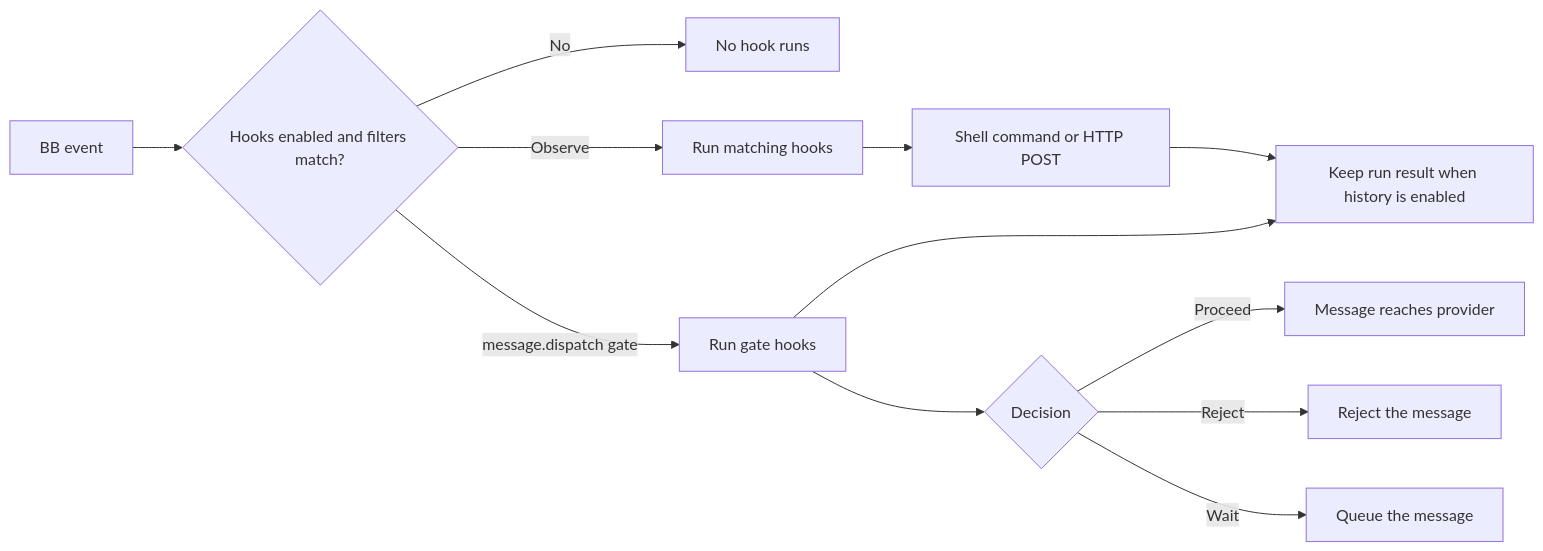
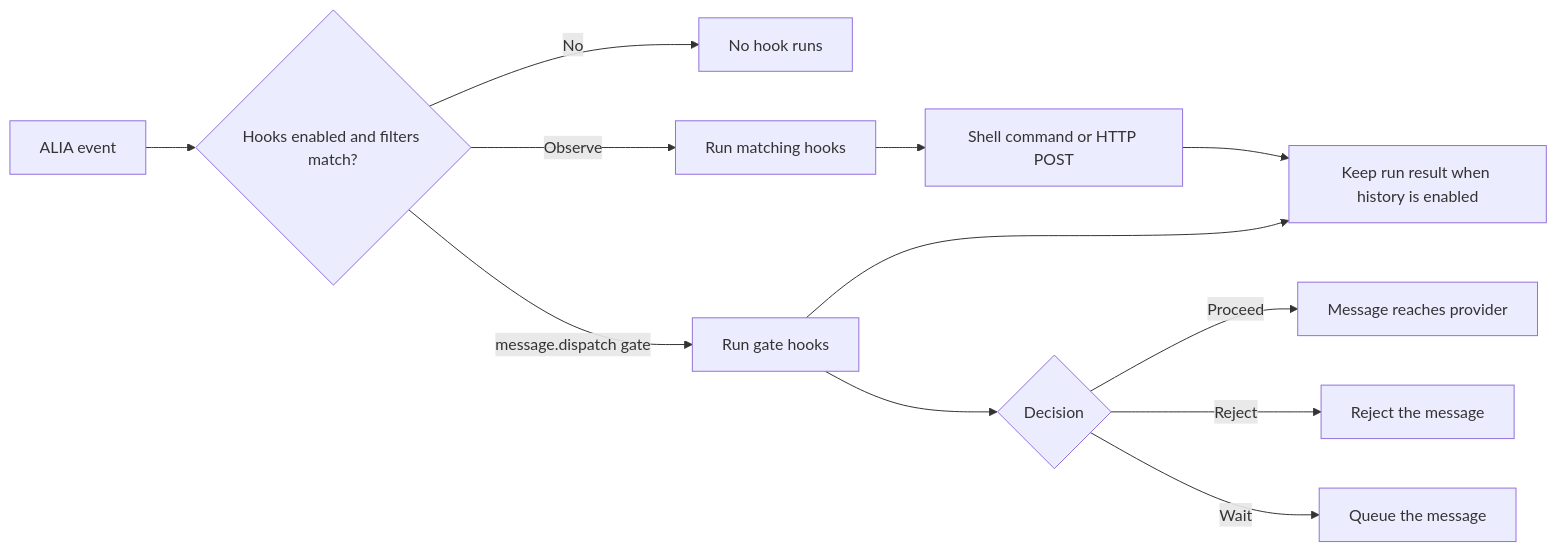
One commit to Vesnalia/vesnalia-plugins changed the diagram in plugins/hooks/README.md. Above: the diagram before and after it, drawn with Mermaid. The commit also changed other lines of this file and 13306 other files, not shown here.

````diff
--- a/plugins/hooks/README.md
+++ b/plugins/hooks/README.md
@@ -148,14 +148,14 @@
 ```mermaid
 flowchart LR
-  E["BB event"] --> M{"Hooks enabled and filters match?"}
+  E["ALIA event"] --> M{"Hooks enabled and filters match?"}
   M -- No --> X["No hook runs"]
   M -- Observe --> O["Run matching hooks"]
   O --> T["Shell command or HTTP POST"]
   T --> H["Keep run result when history is enabled"]
   M -- "message.dispatch gate" --> G["Run gate hooks"]
   G --> H
   G --> D{"Decision"}
   D -- Proceed --> P["Message reaches provider"]
   D -- Reject --> R["Reject the message"]
   D -- Wait --> W["Queue the message"]
 ```
````
